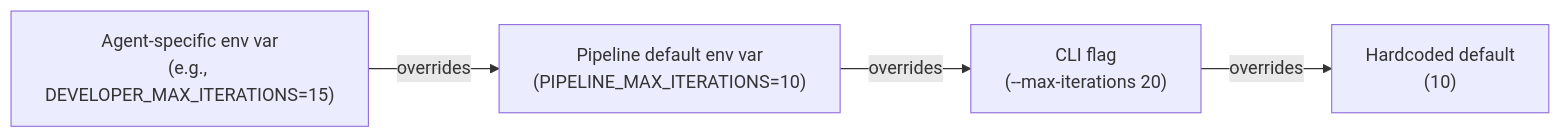
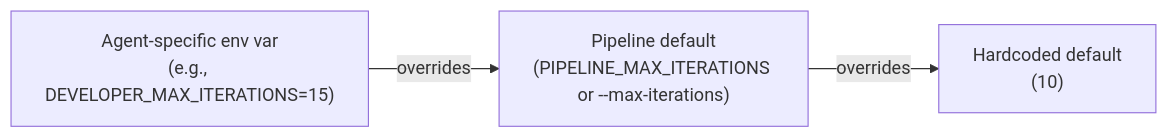
Before and after one commit to delehner/wisp: the third of 3 diagrams in docs/ralph-loop.md, drawn with Mermaid. The commit also changed other lines of this file and 53 other files, not shown here.

````diff
--- a/docs/ralph-loop.md
+++ b/docs/ralph-loop.md
@@ -77,9 +77,8 @@
 ```mermaid
 flowchart LR
     A["Agent-specific env var\n(e.g., DEVELOPER_MAX_ITERATIONS=15)"]
-    B["Pipeline default env var\n(PIPELINE_MAX_ITERATIONS=10)"]
-    C["CLI flag\n(--max-iterations 20)"]
-    D["Hardcoded default\n(10)"]
+    B["Pipeline default\n(PIPELINE_MAX_ITERATIONS or --max-iterations)"]
+    C["Hardcoded default\n(10)"]
 
-    A -->|overrides| B -->|overrides| C -->|overrides| D
+    A -->|overrides| B -->|overrides| C
 ```
````
